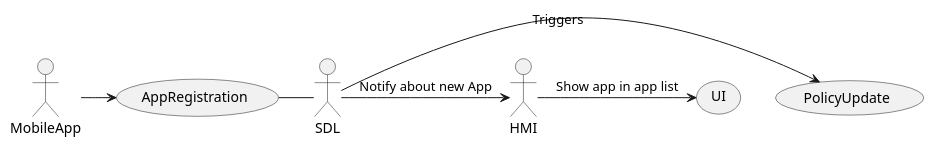
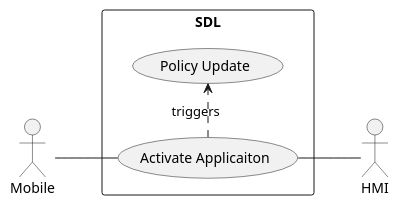
The diagram in docs/use_cases/application_registration/assets/app_registration_use_case.puml (ovvasyliev/sdl_core), drawn with PlantUML before and after one commit.

```diff
--- a/docs/use_cases/application_registration/assets/app_registration_use_case.puml
+++ b/docs/use_cases/application_registration/assets/app_registration_use_case.puml
@@ -1,17 +1,10 @@
 @startuml
-
-actor MobileApp as MOB
-actor SDL
+left to right direction
+actor Mobile
 actor HMI
-(AppRegistration) as REG
-(PolicyUpdate) as POLICY
-
-:SDL: -> POLICY : Triggers
-
-:MOB: -> REG
-
-REG - :SDL:
-
-:SDL: -> :HMI: : Notify about new App
-:HMI: -> (UI) : Show app in app list
+rectangle SDL {
+  Mobile -- (Activate Applicaiton)
+  (Activate Applicaiton) .> (Policy Update) : triggers
+  (Activate Applicaiton) -- HMI
+}
 @enduml
```
